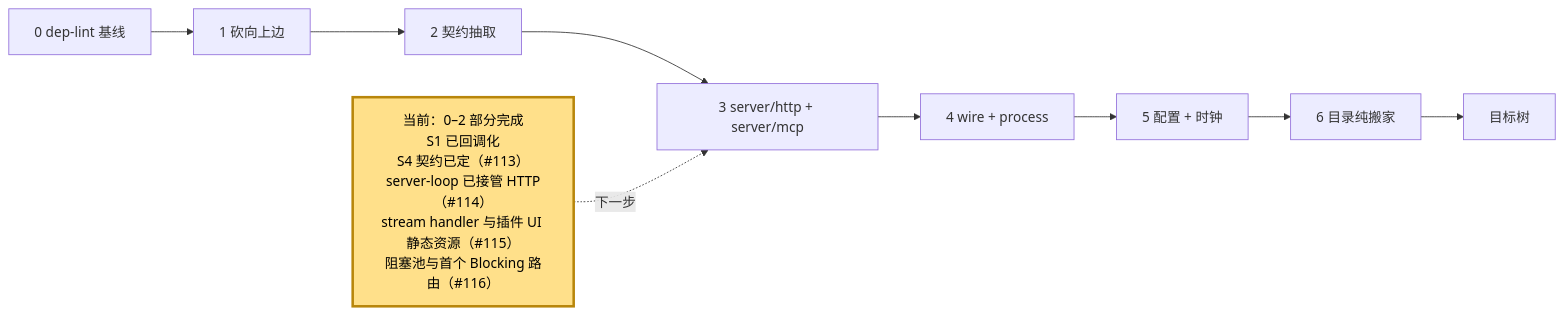
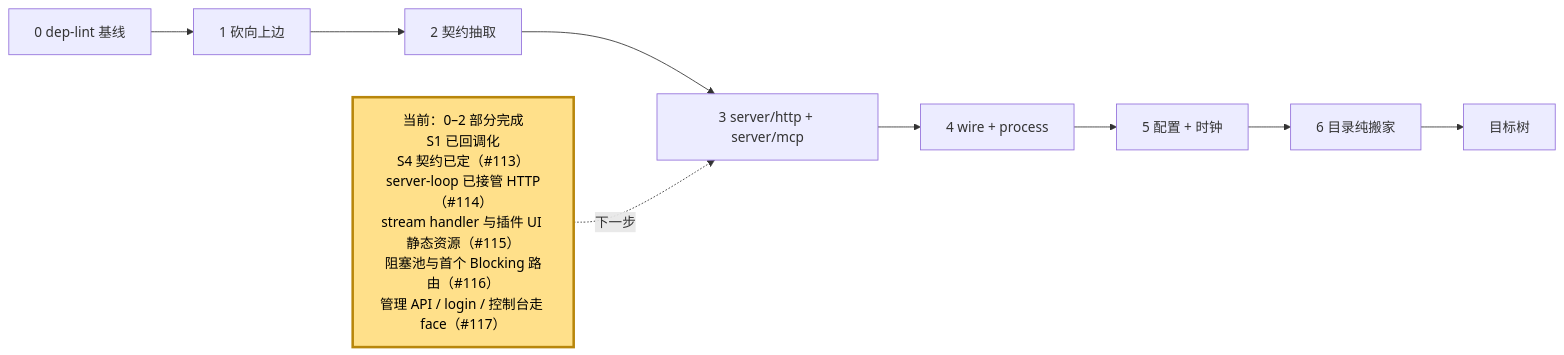
One commit to webxxxxx/plugin-manager changed the fifth of 5 diagrams in docs/architecture.md. Above: the diagram before and after it, drawn with Mermaid. The commit also changed other lines of this file and 7 other files, not shown here.

Commit message:
feat(api): 剩余管理 API、login 与控制台走 Face (#117)

````diff
--- a/docs/architecture.md
+++ b/docs/architecture.md
@@ -378,15 +378,15 @@
 ```mermaid
 flowchart LR
     S0["0 dep-lint 基线"] --> S1["1 砍向上边"]
     S1 --> S2["2 契约抽取"]
     S2 --> S3["3 server/http + server/mcp"]
     S3 --> S4["4 wire + process"]
     S4 --> S5["5 配置 + 时钟"]
     S5 --> S6["6 目录纯搬家"]
     S6 --> DONE["目标树"]
 
-    NOW["当前：0–2 部分完成<br/>S1 已回调化<br/>S4 契约已定（#113）<br/>server-loop 已接管 HTTP（#114）<br/>stream handler 与插件 UI 静态资源（#115）<br/>阻塞池与首个 Blocking 路由（#116）"]:::current
+    NOW["当前：0–2 部分完成<br/>S1 已回调化<br/>S4 契约已定（#113）<br/>server-loop 已接管 HTTP（#114）<br/>stream handler 与插件 UI 静态资源（#115）<br/>阻塞池与首个 Blocking 路由（#116）<br/>管理 API / login / 控制台走 face（#117）"]:::current
     NOW -.->|下一步| S3
 
     classDef current fill:#ffe08a,stroke:#b8860b,stroke-width:3px,color:#000
 ```
````
